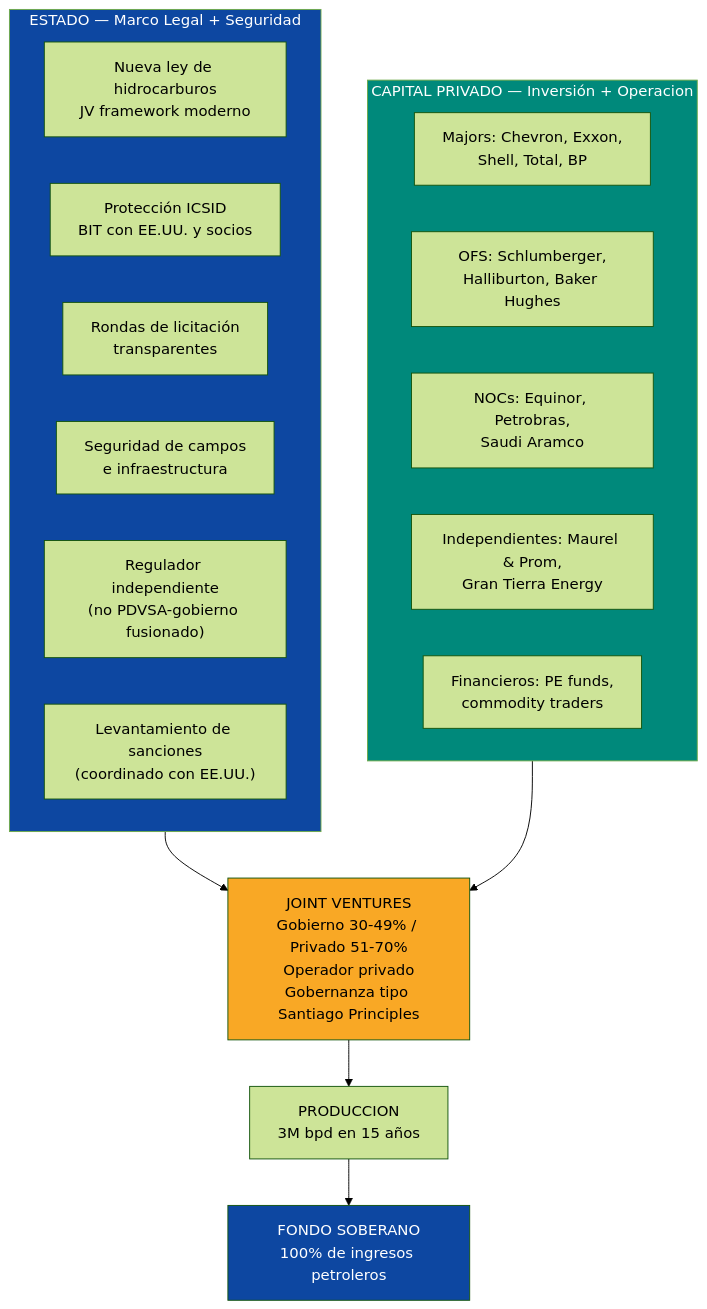
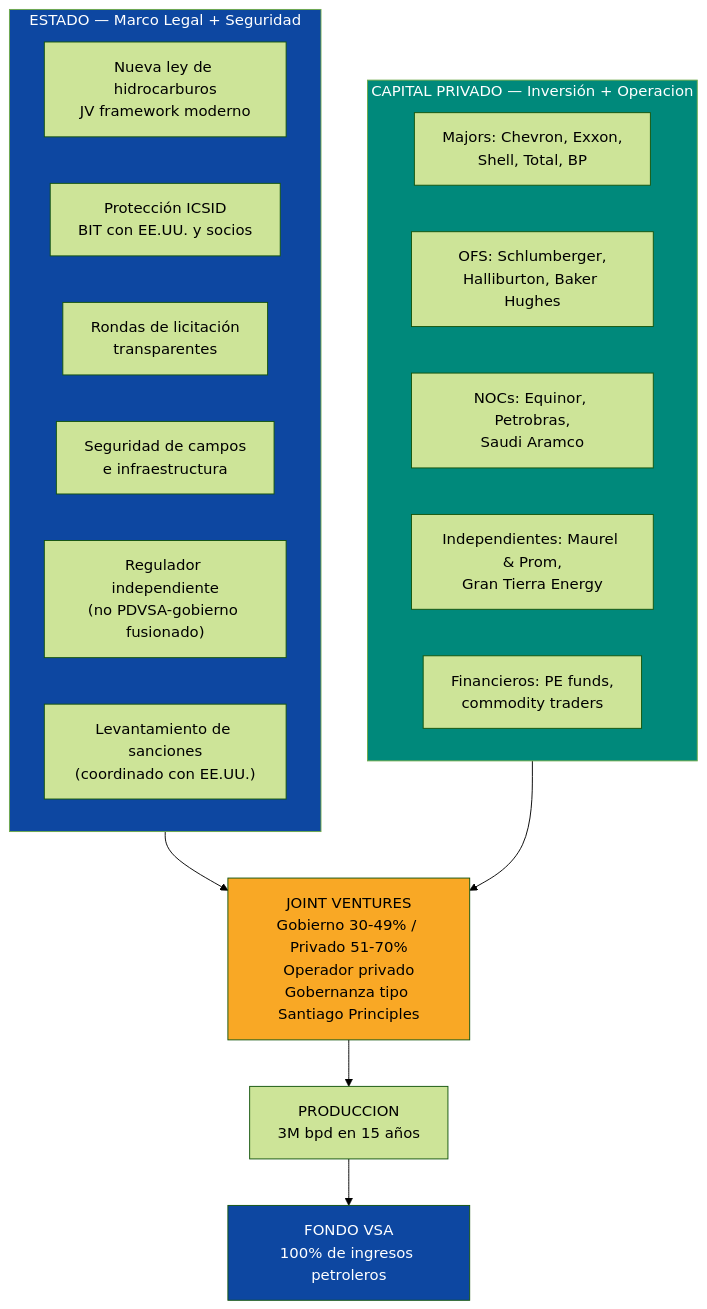
Before and after one commit to Venezuela-S-A/venezuela-sa: the fourth of 9 diagrams in docs/10-oportunidades/petroleo-gas.md, drawn with Mermaid (forest theme). The commit also changed other lines of this file and 49 other files, not shown here.

````diff
--- a/docs/10-oportunidades/petroleo-gas.md
+++ b/docs/10-oportunidades/petroleo-gas.md
@@ -233,30 +237,30 @@
 ```mermaid
 flowchart TD
     subgraph GOB["ESTADO — Marco Legal + Seguridad"]
         G1["Nueva ley de hidrocarburos<br/>JV framework moderno"]
         G2["Protección ICSID<br/>BIT con EE.UU. y socios"]
         G3["Rondas de licitación<br/>transparentes"]
         G4["Seguridad de campos<br/>e infraestructura"]
         G5["Regulador independiente<br/>(no PDVSA-gobierno fusionado)"]
         G6["Levantamiento de sanciones<br/>(coordinado con EE.UU.)"]
     end
 
     subgraph PRIVADO["CAPITAL PRIVADO — Inversión + Operacion"]
         P1["Majors: Chevron, Exxon,<br/>Shell, Total, BP"]
         P2["OFS: Schlumberger,<br/>Halliburton, Baker Hughes"]
         P3["NOCs: Equinor, Petrobras,<br/>Saudi Aramco"]
         P4["Independientes: Maurel & Prom,<br/>Gran Tierra Energy"]
         P5["Financieros: PE funds,<br/>commodity traders"]
     end
 
     GOB --> JV["JOINT VENTURES<br/>Gobierno 30-49% / Privado 51-70%<br/>Operador privado<br/>Gobernanza tipo Santiago Principles"]
     PRIVADO --> JV
 
     JV --> OIL["PRODUCCION<br/>3M bpd en 15 años"]
-    OIL --> FUND2["FONDO SOBERANO<br/>100% de ingresos petroleros"]
+    OIL --> FUND2["FONDO VSA<br/>100% de ingresos petroleros"]
 
     style GOB fill:#0D47A1,color:#fff
     style PRIVADO fill:#00897B,color:#fff
     style JV fill:#F9A825,color:#000
     style FUND2 fill:#0D47A1,color:#fff
 ```
````
